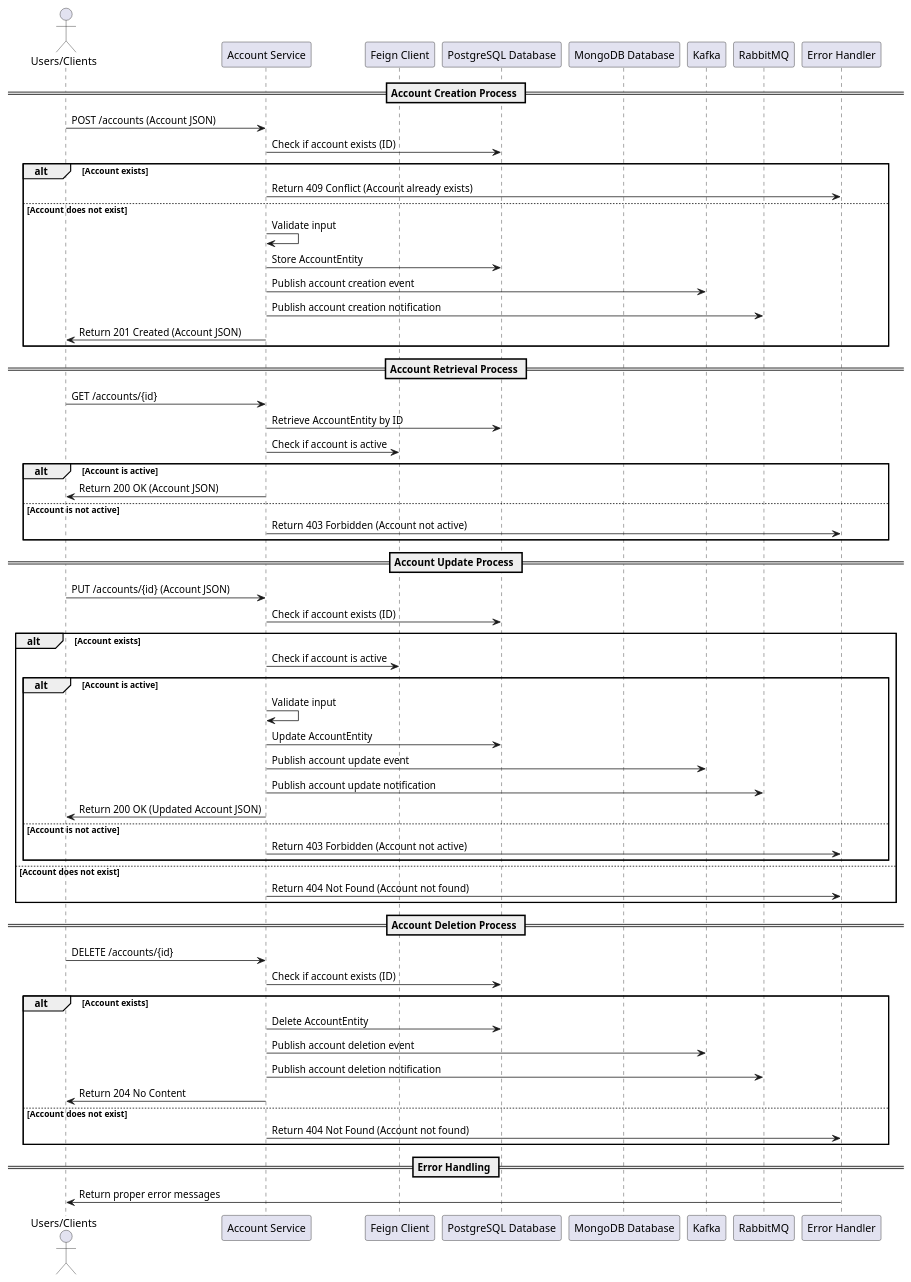
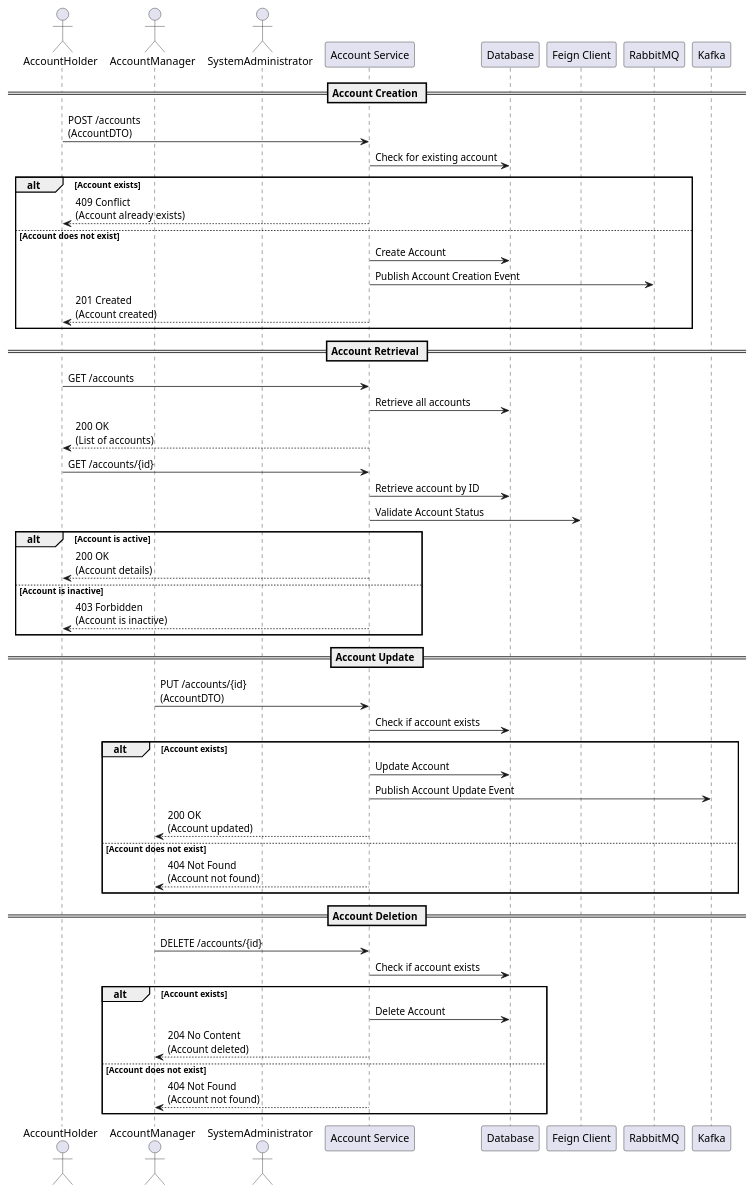
The diagram in design_document/Account_Service.md (Bhaskar-Pavan/AccountService), drawn with PlantUML before and after one commit. The commit also changed other lines of this file, not shown here.

````diff
--- a/design_document/Account_Service.md
+++ b/design_document/Account_Service.md
@@ -36,69 +54,59 @@
 ```plantuml
 @startuml
-actor Client as "Users/Clients"
+actor AccountHolder
+actor AccountManager
+actor SystemAdministrator
 participant "Account Service" as AccountService
+participant "Database" as DB
 participant "Feign Client" as FeignClient
-participant "PostgreSQL Database" as PostgreSQL
-participant "MongoDB Database" as MongoDB
+participant "RabbitMQ" as RabbitMQ
 participant "Kafka" as Kafka
-participant "RabbitMQ" as RabbitMQ
-participant "Error Handler" as ErrorHandler
 
-== Account Creation Process ==
-Client -> AccountService: POST /accounts (Account JSON)
-AccountService -> PostgreSQL: Check if account exists (ID)
+== Account Creation ==
+AccountHolder -> AccountService : POST /accounts\n(AccountDTO)
+AccountService -> DB : Check for existing account
 alt Account exists
-    AccountService -> ErrorHandler: Return 409 Conflict (Account already exists)
+    AccountService --> AccountHolder : 409 Conflict\n(Account already exists)
 else Account does not exist
-    AccountService -> AccountService: Validate input
-    AccountService -> PostgreSQL: Store AccountEntity
-    AccountService -> Kafka: Publish account creation event
-    AccountService -> RabbitMQ: Publish account creation notification
-    AccountService -> Client: Return 201 Created (Account JSON)
+    AccountService -> DB : Create Account
+    AccountService -> RabbitMQ : Publish Account Creation Event
+    AccountService --> AccountHolder : 201 Created\n(Account created)
 end
 
-== Account Retrieval Process ==
-Client -> AccountService: GET /accounts/{id}
-AccountService -> PostgreSQL: Retrieve AccountEntity by ID
-AccountService -> FeignClient: Check if account is active
+== Account Retrieval ==
+AccountHolder -> AccountService : GET /accounts
+AccountService -> DB : Retrieve all accounts
+AccountService --> AccountHolder : 200 OK\n(List of accounts)
+
+AccountHolder -> AccountService : GET /accounts/{id}
+AccountService -> DB : Retrieve account by ID
+AccountService -> FeignClient : Validate Account Status
 alt Account is active
-    AccountService -> Client: Return 200 OK (Account JSON)
-else Account is not active
-    AccountService -> ErrorHandler: Return 403 Forbidden (Account not active)
+    AccountService --> AccountHolder : 200 OK\n(Account details)
+else Account is inactive
+    AccountService --> AccountHolder : 403 Forbidden\n(Account is inactive)
 end
 
-== Account Update Process ==
-Client -> AccountService: PUT /accounts/{id} (Account JSON)
-AccountService -> PostgreSQL: Check if account exists (ID)
+== Account Update ==
+AccountManager -> AccountService : PUT /accounts/{id}\n(AccountDTO)
+AccountService -> DB : Check if account exists
 alt Account exists
-    AccountService -> FeignClient: Check if account is active
-    alt Account is active
-        AccountService -> AccountService: Validate input
-        AccountService -> PostgreSQL: Update AccountEntity
-        AccountService -> Kafka: Publish account update event
-        AccountService -> RabbitMQ: Publish account update notification
-        AccountService -> Client: Return 200 OK (Updated Account JSON)
-    else Account is not active
-        AccountService -> ErrorHandler: Return 403 Forbidden (Account not active)
-    end
+    AccountService -> DB : Update Account
+    AccountService -> Kafka : Publish Account Update Event
+    AccountService --> AccountManager : 200 OK\n(Account updated)
 else Account does not exist
-    AccountService -> ErrorHandler: Return 404 Not Found (Account not found)
+    AccountService --> AccountManager : 404 Not Found\n(Account not found)
 end
 
-== Account Deletion Process ==
-Client -> AccountService: DELETE /accounts/{id}
-AccountService -> PostgreSQL: Check if account exists (ID)
+== Account Deletion ==
+AccountManager -> AccountService : DELETE /accounts/{id}
+AccountService -> DB : Check if account exists
 alt Account exists
-    AccountService -> PostgreSQL: Delete AccountEntity
-    AccountService -> Kafka: Publish account deletion event
-    AccountService -> RabbitMQ: Publish account deletion notification
-    AccountService -> Client: Return 204 No Content
+    AccountService -> DB : Delete Account
+    AccountService --> AccountManager : 204 No Content\n(Account deleted)
 else Account does not exist
-    AccountService -> ErrorHandler: Return 404 Not Found (Account not found)
+    AccountService --> AccountManager : 404 Not Found\n(Account not found)
 end
-
-== Error Handling ==
-ErrorHandler -> Client: Return proper error messages
 
 @enduml
 ```
````
